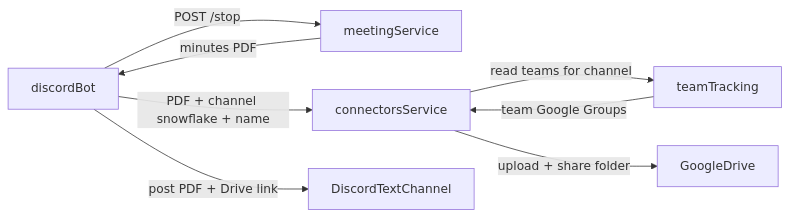
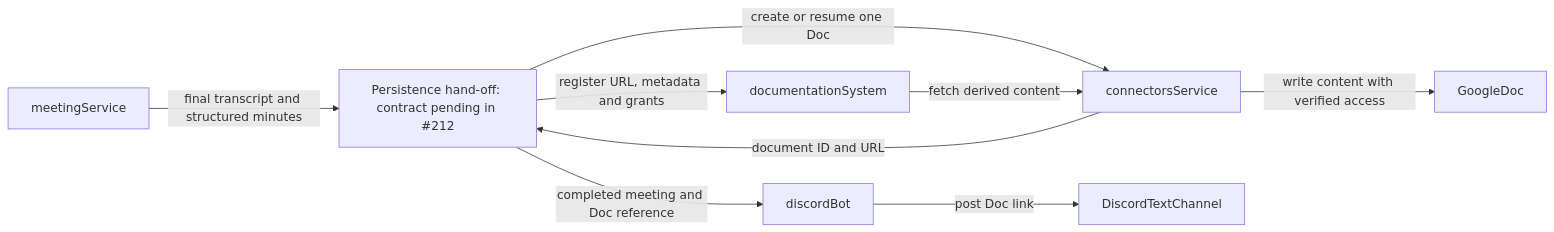
One commit to UTMIST/Misty changed the diagram in docs/MEETING-RECORDING.md. Above: the diagram before and after it, drawn with Mermaid. The commit also changed other lines of this file, not shown here.

Commit message:
docs: use Google Docs for durable meeting transcripts

````diff
--- a/docs/MEETING-RECORDING.md
+++ b/docs/MEETING-RECORDING.md
@@ -74,10 +126,11 @@
 ```mermaid
 flowchart LR
-  bot[discordBot] -->|"POST /stop"| meeting[meetingService]
-  meeting -->|minutes PDF| bot
-  bot -->|"PDF + channel snowflake + name"| connectors[connectorsService]
-  connectors -->|"read teams for channel"| tt[teamTracking]
-  tt -->|team Google Groups| connectors
-  connectors -->|"upload + share folder"| drive[GoogleDrive]
-  bot -->|"post PDF + Drive link"| channel[DiscordTextChannel]
+  meeting[meetingService] -->|"final transcript and structured minutes"| persist["Persistence hand-off: contract pending in #212"]
+  persist -->|"create or resume one Doc"| connectors[connectorsService]
+  connectors -->|"write content with verified access"| docs[GoogleDoc]
+  connectors -->|"document ID and URL"| persist
+  persist -->|"register URL, metadata and grants"| catalog[documentationSystem]
+  catalog -->|"fetch derived content"| connectors
+  persist -->|"completed meeting and Doc reference"| bot[discordBot]
+  bot -->|"post Doc link"| channel[DiscordTextChannel]
 ```
````
